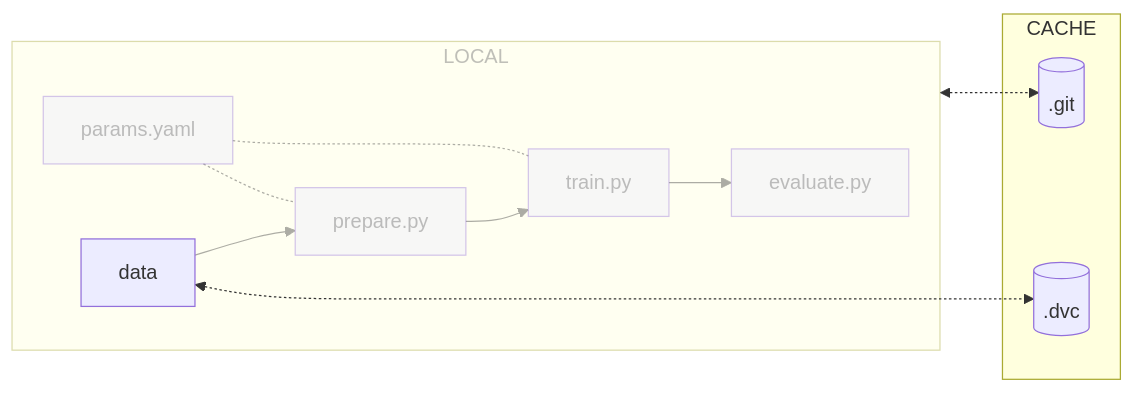
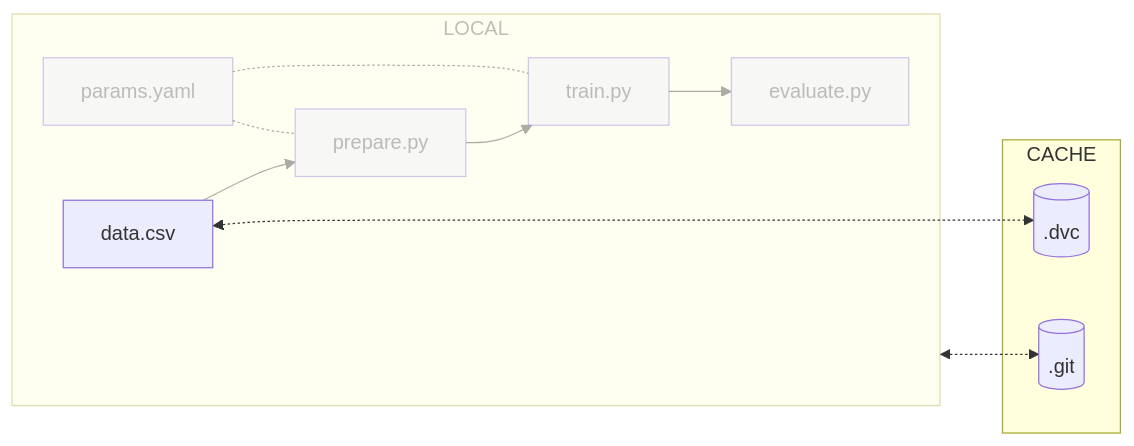
One commit to swiss-ai-center/a-guide-to-mlops changed the diagram in docs/part-1-local-training-and-model-evaluation/chapter-3-initialize-git-and-dvc-for-local-training/index.md. Above: the diagram before and after it, drawn with Mermaid. The commit also changed 9 other files, not shown here.

Commit message:
Rename mermaid vars

````diff
--- a/docs/part-1-local-training-and-model-evaluation/chapter-3-initialize-git-and-dvc-for-local-training/index.md
+++ b/docs/part-1-local-training-and-model-evaluation/chapter-3-initialize-git-and-dvc-for-local-training/index.md
@@ -33,29 +33,29 @@
 ```mermaid
 flowchart LR
-	789994[(".dvc")]
-	429113[(".git")]
-	927342["data"] <-.-> 789994
-    356399 <-....-> 429113
-	subgraph 438901["CACHE"]
-		789994
-		429113
+	dot_dvc[(.dvc)]
+	dot_git[(.git)]
+	data[data.csv] <-.-> dot_dvc
+    localGraph <-....-> dot_git
+	subgraph cacheGraph[CACHE]
+		dot_dvc
+		dot_git
 	end
-	subgraph 356399["LOCAL"]
-        927342 --> 672354
-        672354["prepare.py"] --> 347464
-		347464["train.py"] --> 964259
-		964259["evaluate.py"]
-        238472["params.yaml"] -.- 672354
-        238472 -.- 347464
+	subgraph localGraph[LOCAL]
+        data --> prepare
+        prepare[prepare.py] --> train
+		train[train.py] --> evaluate
+		evaluate[evaluate.py]
+        params[params.yaml] -.- prepare
+        params -.- train
 	end
-    style 356399 opacity:0.4,color:#7f7f7f80
-    style 672354 opacity:0.4,color:#7f7f7f80
-    style 347464 opacity:0.4,color:#7f7f7f80
-    style 964259 opacity:0.4,color:#7f7f7f80
-    style 238472 opacity:0.4,color:#7f7f7f80
+    style localGraph opacity:0.4,color:#7f7f7f80
+    style prepare opacity:0.4,color:#7f7f7f80
+    style train opacity:0.4,color:#7f7f7f80
+    style evaluate opacity:0.4,color:#7f7f7f80
+    style params opacity:0.4,color:#7f7f7f80
     linkStyle 2 opacity:0.4,color:#7f7f7f80
     linkStyle 3 opacity:0.4,color:#7f7f7f80
     linkStyle 4 opacity:0.4,color:#7f7f7f80
     linkStyle 5 opacity:0.4,color:#7f7f7f80
     linkStyle 6 opacity:0.4,color:#7f7f7f80
 ```
````
